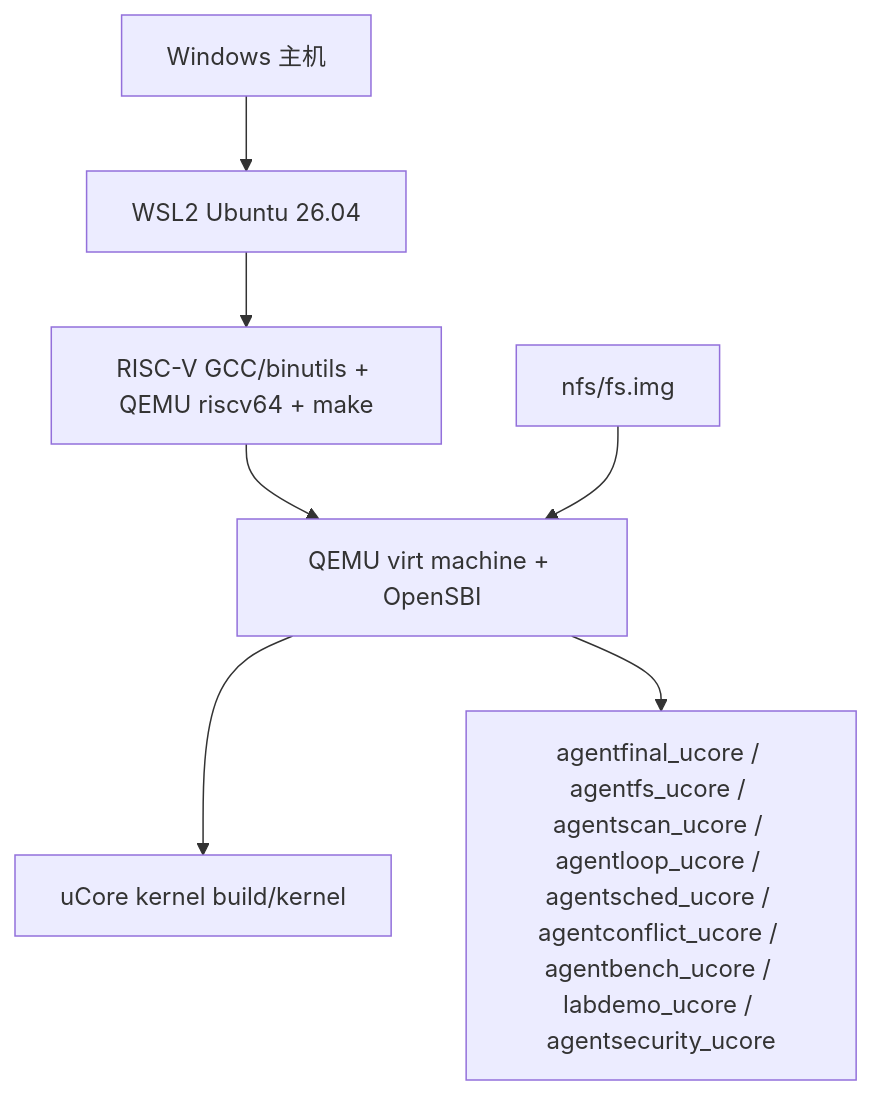
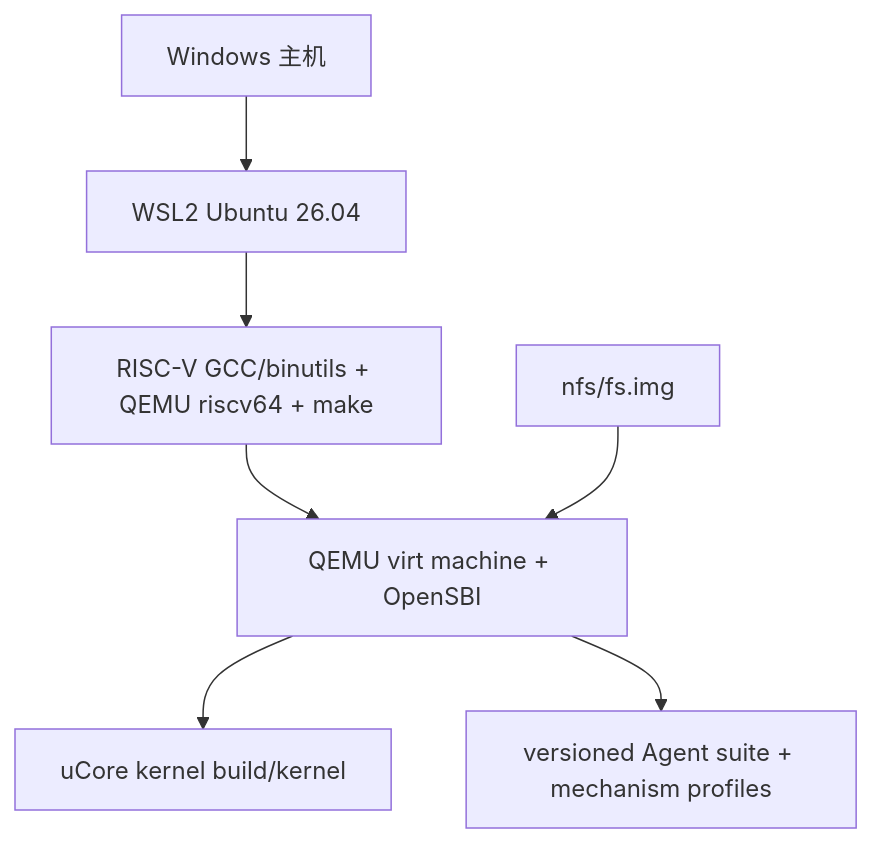
One commit to yushugulao/Agent-OS changed diagram 11 of 11 in docs/agentos/design.md. Above: the diagram before and after it, drawn with Mermaid. The commit also changed other lines of this file and 155 other files, not shown here.

````diff
--- a/docs/agentos/design.md
+++ b/docs/agentos/design.md
@@ -422,13 +422,13 @@
 ```mermaid
 flowchart TB
     Host["Windows 主机"]
     WSL["WSL2 Ubuntu 26.04"]
     Toolchain["RISC-V GCC/binutils + QEMU riscv64 + make"]
     QEMU["QEMU virt machine + OpenSBI"]
     Kernel["uCore kernel build/kernel"]
     FS["nfs/fs.img"]
-    Tests["agentfinal_ucore / agentfs_ucore / agentscan_ucore / agentloop_ucore / agentsched_ucore / agentconflict_ucore / agentbench_ucore / labdemo_ucore / agentsecurity_ucore"]
+    Tests["versioned Agent suite + mechanism profiles"]
     Host --> WSL --> Toolchain --> QEMU --> Kernel
     FS --> QEMU
     QEMU --> Tests
 ```
````
